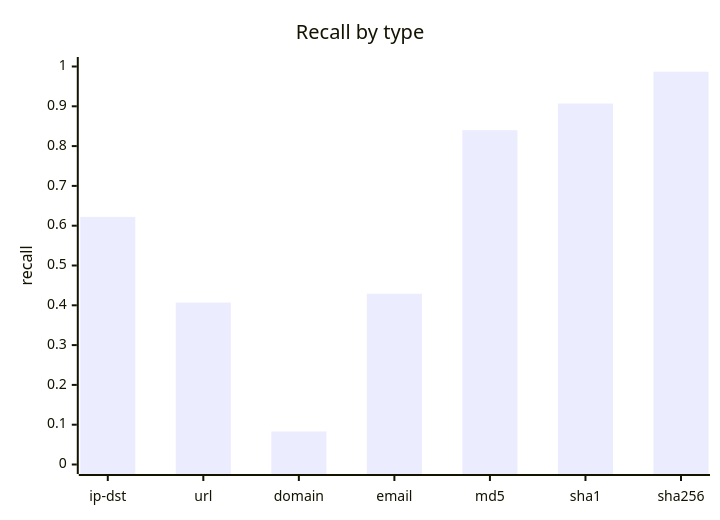
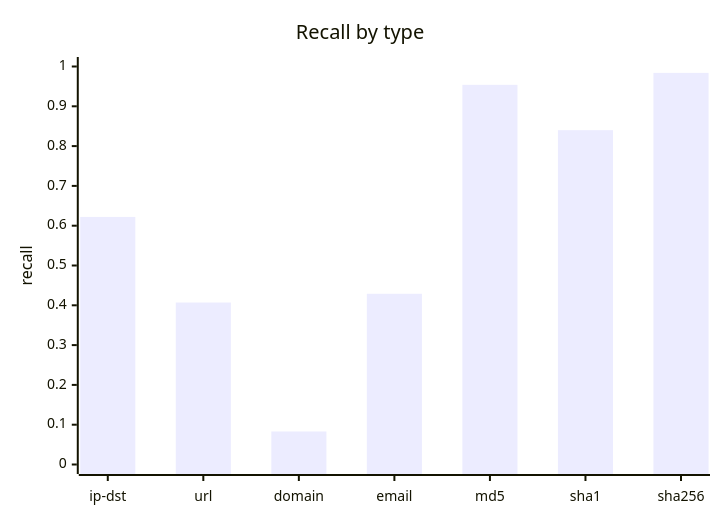
One commit to MISP/ai-connector changed the first of 5 diagrams in docs/BENCHMARKS_extraction.md. Above: the diagram before and after it, drawn with Mermaid. The commit also changed other lines of this file and 22 other files, not shown here.

````diff
--- a/docs/BENCHMARKS_extraction.md
+++ b/docs/BENCHMARKS_extraction.md
@@ -53,7 +53,7 @@
 ```mermaid
 xychart-beta
   title "Recall by type"
   x-axis ["ip-dst", "url", "domain", "email", "md5", "sha1", "sha256"]
   y-axis "recall" 0 --> 1.000
-  bar [0.622, 0.407, 0.083, 0.429, 0.840, 0.907, 0.987]
+  bar [0.622, 0.407, 0.083, 0.429, 0.954, 0.840, 0.984]
 ```
````
